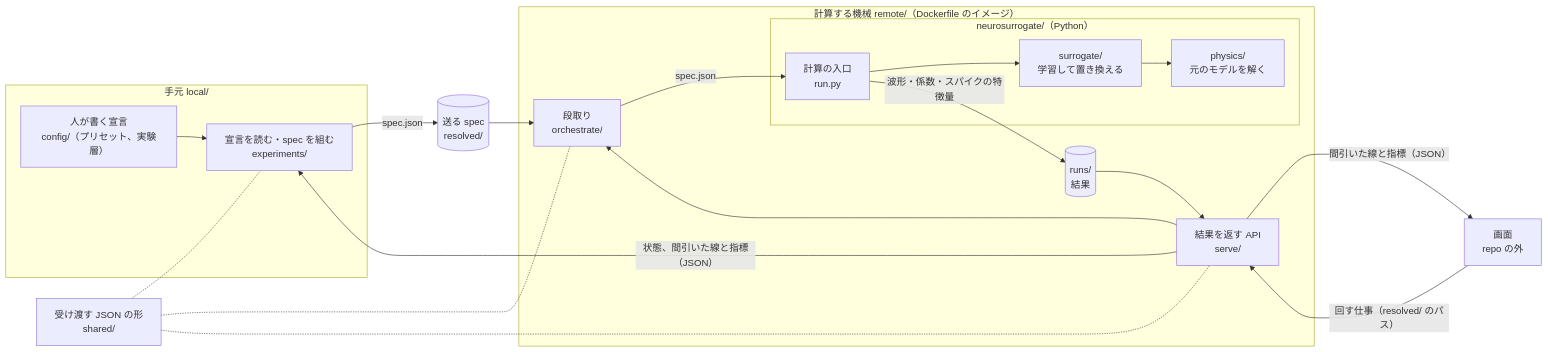
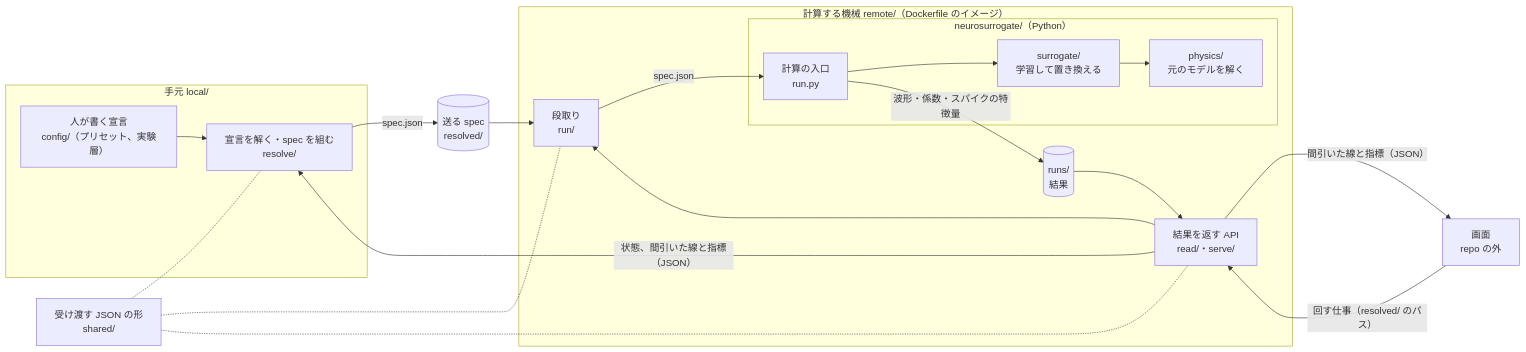
The first of 3 diagrams in README.md (MunechikaHaruki/SINDyNeuroSurrogate), drawn with Mermaid before and after one commit. The commit also changed other lines of this file and 43 other files, not shown here.

````diff
--- a/README.md
+++ b/README.md
@@ -17,35 +17,35 @@
 ```mermaid
 flowchart LR
   subgraph local["手元 local/"]
     config["人が書く宣言<br/>config/（プリセット、実験層）"]
-    exp["宣言を読む・spec を組む<br/>experiments/"]
+    exp["宣言を解く・spec を組む<br/>resolve/"]
   end
   resolved[("送る spec<br/>resolved/")]
   subgraph machine["計算する機械 remote/（Dockerfile のイメージ）"]
-    orch["段取り<br/>orchestrate/"]
+    orch["段取り<br/>run/"]
     subgraph py["neurosurrogate/（Python）"]
       entry["計算の入口<br/>run.py"]
       surr["surrogate/<br/>学習して置き換える"]
       phys["physics/<br/>元のモデルを解く"]
     end
     runs[("runs/<br/>結果")]
-    serve["結果を返す API<br/>serve/"]
+    serve["結果を返す API<br/>read/・serve/"]
   end
   format["受け渡す JSON の形<br/>shared/"]
   view["画面<br/>repo の外"]
   config --> exp
   exp -- "spec.json" --> resolved
   resolved --> orch
   orch -- "spec.json" --> entry
   entry --> surr
   surr --> phys
   entry -- "波形・係数・スパイクの特徴量" --> runs
   runs --> serve
   serve -- "状態、間引いた線と指標（JSON）" --> exp
   serve -- "間引いた線と指標（JSON）" --> view
   view -- "回す仕事（resolved/ のパス）" --> serve
   serve --> orch
   format -.- exp
   format -.- orch
   format -.- serve
 ```
````
